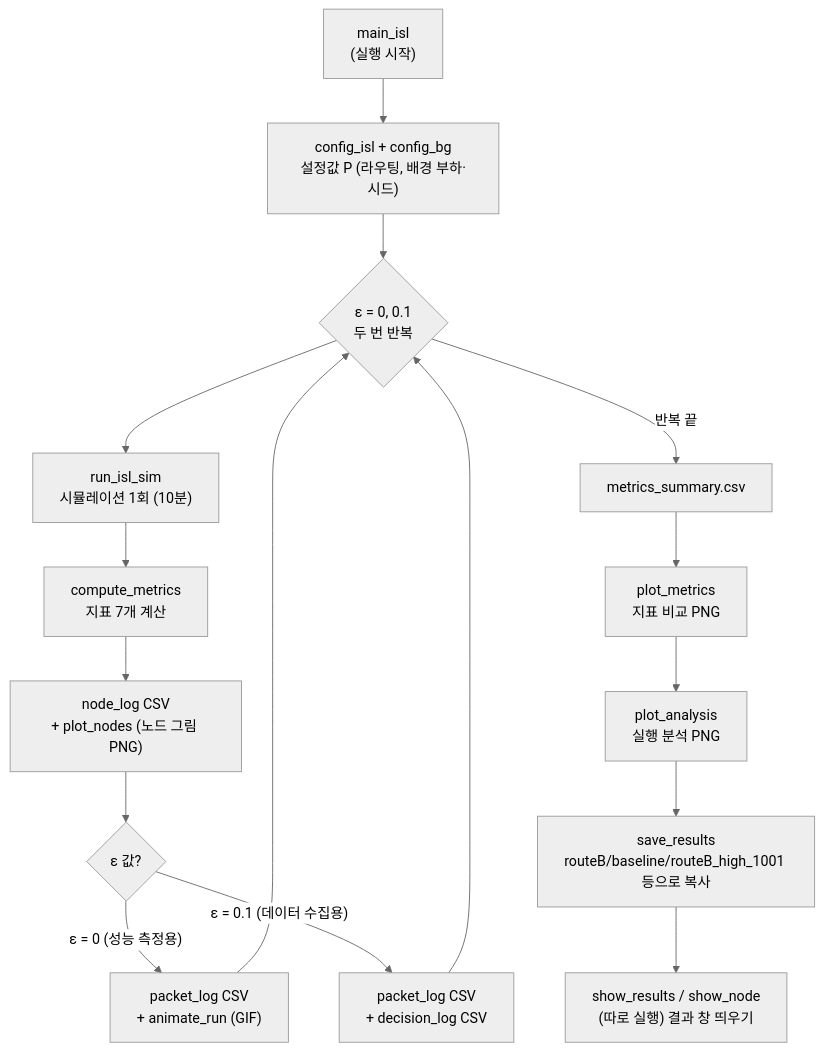
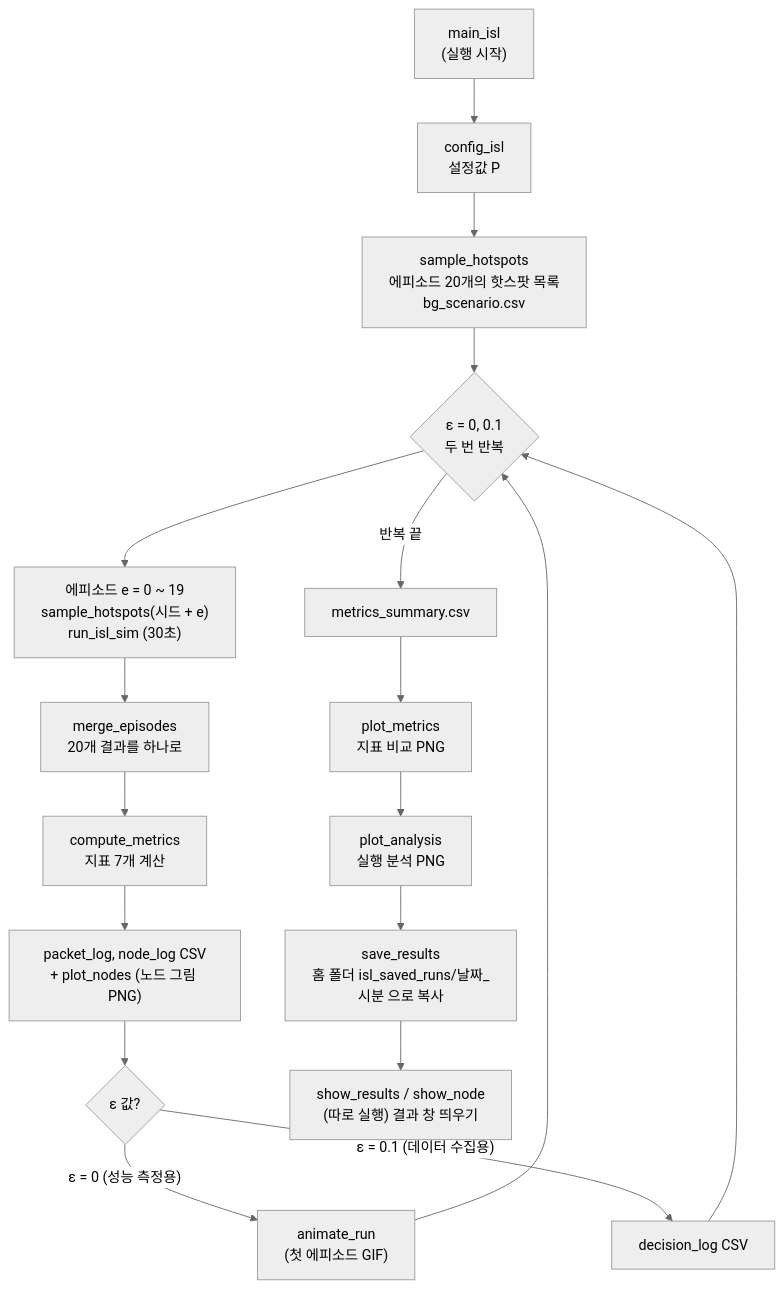
Before and after one commit to 26-2-capstone2/26-2capstone2: the first of 3 diagrams in flow.md, drawn with Mermaid (neutral theme). The commit also changed other lines of this file and 19 other files, not shown here.

````diff
--- a/flow.md
+++ b/flow.md
@@ -10,18 +11,20 @@
 ```mermaid
 flowchart TD
-    A["main_isl<br/>(실행 시작)"] --> B["config_isl + config_bg<br/>설정값 P (라우팅, 배경 부하·시드)"]
-    B --> C{"ε = 0, 0.1<br/>두 번 반복"}
-    C --> D["run_isl_sim<br/>시뮬레이션 1회 (10분)"]
-    D --> E["compute_metrics<br/>지표 7개 계산"]
-    E --> N["node_log CSV<br/>+ plot_nodes (노드 그림 PNG)"]
+    A["main_isl<br/>(실행 시작)"] --> B["config_isl<br/>설정값 P"]
+    B --> S["sample_hotspots<br/>에피소드 20개의 핫스팟 목록<br/>bg_scenario.csv"]
+    S --> C{"ε = 0, 0.1<br/>두 번 반복"}
+    C --> E1["에피소드 e = 0 ~ 19<br/>sample_hotspots(시드 + e)<br/>run_isl_sim (30초)"]
+    E1 --> MG["merge_episodes<br/>20개 결과를 하나로"]
+    MG --> D["compute_metrics<br/>지표 7개 계산"]
+    D --> N["packet_log, node_log CSV<br/>+ plot_nodes (노드 그림 PNG)"]
     N --> F{"ε 값?"}
-    F -- "ε = 0 (성능 측정용)" --> G["packet_log CSV<br/>+ animate_run (GIF)"]
-    F -- "ε = 0.1 (데이터 수집용)" --> H["packet_log CSV<br/>+ decision_log CSV"]
+    F -- "ε = 0 (성능 측정용)" --> G["animate_run<br/>(첫 에피소드 GIF)"]
+    F -- "ε = 0.1 (데이터 수집용)" --> H["decision_log CSV"]
     G --> C
     H --> C
     C -- "반복 끝" --> I["metrics_summary.csv"]
     I --> J["plot_metrics<br/>지표 비교 PNG"]
     J --> K["plot_analysis<br/>실행 분석 PNG"]
-    K --> L["save_results<br/>routeB/baseline/routeB_high_1001 등으로 복사"]
+    K --> L["save_results<br/>홈 폴더 isl_saved_runs/날짜_시분 으로 복사"]
     L --> M["show_results / show_node<br/>(따로 실행) 결과 창 띄우기"]
 ```
````
